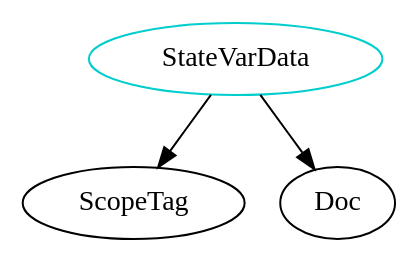
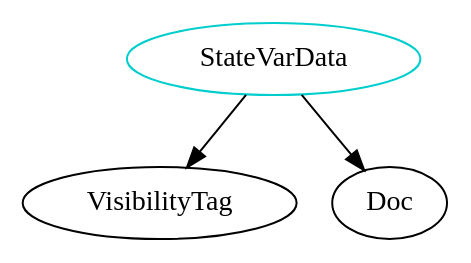
Before and after one commit to BilalM04/Drasil: the diagram in analysis/TypeDependencyGraphs/gool/StateVarData.dot, drawn with Graphviz. The commit also changed 1160 other files, not shown here.

```diff
--- a/analysis/TypeDependencyGraphs/gool/StateVarData.dot
+++ b/analysis/TypeDependencyGraphs/gool/StateVarData.dot
@@ -1,5 +1,5 @@
 digraph statevardata{
 StateVarData	[shape=oval, color=cyan3, label="StateVarData"];
-StateVarData -> ScopeTag;
+StateVarData -> VisibilityTag;
 StateVarData -> Doc;
 }
```
